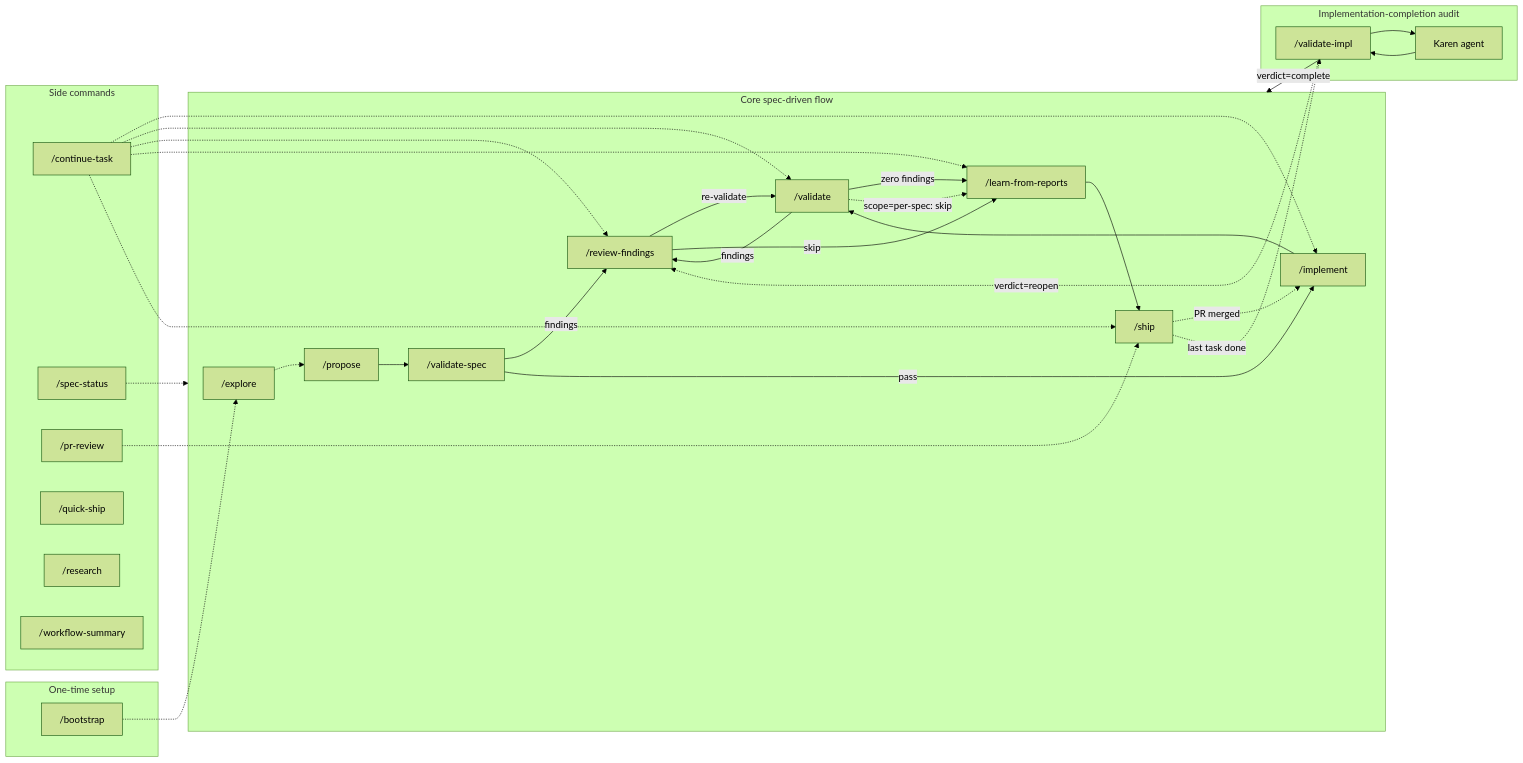
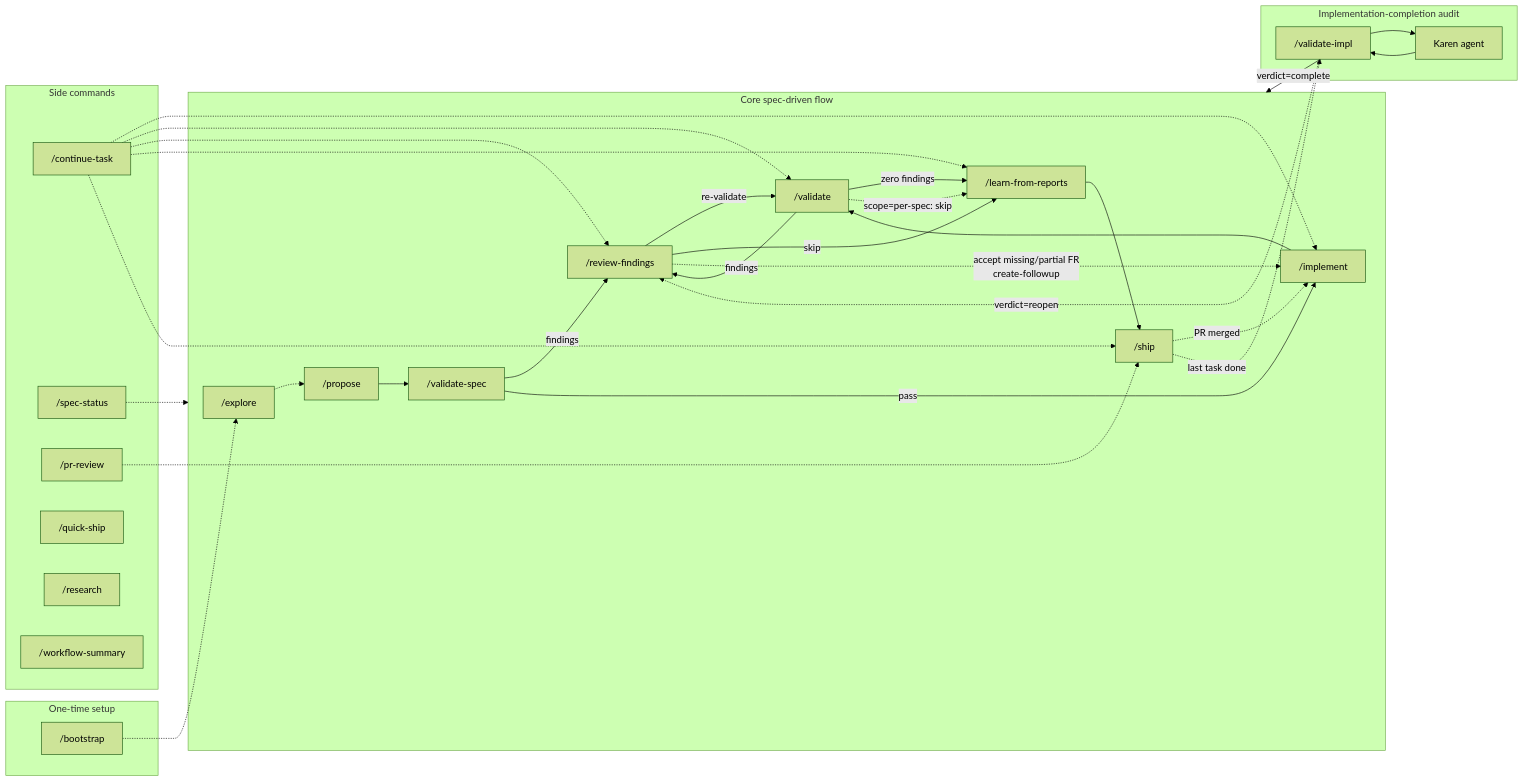
One commit to AlarQ/SDD-hub changed the first of 14 diagrams in docs/workflow-diagram.md. Above: the diagram before and after it, drawn with Mermaid (forest theme). The commit also changed other lines of this file and 79 other files, not shown here.

````diff
--- a/docs/workflow-diagram.md
+++ b/docs/workflow-diagram.md
@@ -22,58 +22,59 @@
 ```mermaid
 graph LR
     subgraph Setup["One-time setup"]
         BOOT["/bootstrap"]
     end
 
     subgraph Core["Core spec-driven flow"]
         EXP["/explore"]
         PROP["/propose"]
         VSPEC_PRE["/validate-spec"]
         IMPL["/implement"]
         VAL["/validate"]
         REV["/review-findings"]
         LEARN["/learn-from-reports"]
         SHIP["/ship"]
     end
 
     subgraph Audit["Implementation-completion audit"]
         VIMPL["/validate-impl"]
         KAREN["Karen agent"]
     end
 
     subgraph Side["Side commands"]
         CONT["/continue-task"]
         STAT["/spec-status"]
         PRR["/pr-review"]
         QS["/quick-ship"]
         RES["/research"]
         WS["/workflow-summary"]
     end
 
     BOOT -.-> EXP
     EXP -.-> PROP
     PROP --> VSPEC_PRE
     VSPEC_PRE -->|findings| REV
     VSPEC_PRE -->|pass| IMPL
     IMPL --> VAL
     VAL -->|findings| REV
     VAL -->|zero findings| LEARN
     VAL -.->|scope=per-spec: skip| LEARN
     REV -->|re-validate| VAL
     REV -->|skip| LEARN
     LEARN --> SHIP
     SHIP -.->|PR merged| IMPL
     SHIP -.->|last task done| VIMPL
     VIMPL --> KAREN
     KAREN --> VIMPL
     VIMPL -->|verdict=complete| Core
     VIMPL -.->|verdict=reopen| REV
+    REV -.->|accept missing/partial FR<br/>create-followup| IMPL
 
     CONT -.-> IMPL
     CONT -.-> VAL
     CONT -.-> REV
     CONT -.-> LEARN
     CONT -.-> SHIP
     STAT -.-> Core
     PRR -.-> SHIP
 ```
````
